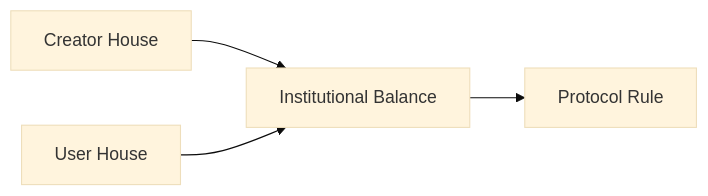
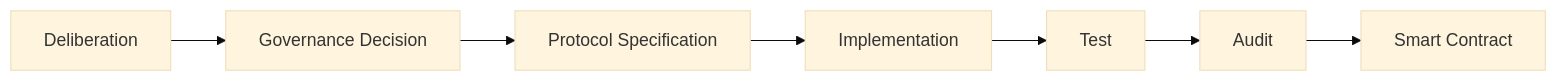
One commit to ShigeichiroYamasaki/creator-first-platform changed the eighth of 23 diagrams in docs/whitepaper/07-governance.md. Above: the diagram before and after it, drawn with Mermaid (base theme). The commit also changed other lines of this file and 1 other file, not shown here.

````diff
--- a/docs/whitepaper/07-governance.md
+++ b/docs/whitepaper/07-governance.md
@@ -179,10 +399,12 @@
 ```mermaid
 flowchart LR
-    CH[Creator House]
-    UH[User House]
+    DELIB[Deliberation]
+    DECISION[Governance Decision]
+    SPEC[Protocol Specification]
+    IMPLEMENT[Implementation]
+    TEST[Test]
+    AUDIT[Audit]
+    CODE[Smart Contract]
 
-    CH --> BALANCE[Institutional Balance]
-    UH --> BALANCE
-
-    BALANCE --> RULE[Protocol Rule]
+    DELIB --> DECISION --> SPEC --> IMPLEMENT --> TEST --> AUDIT --> CODE
 ```
````
